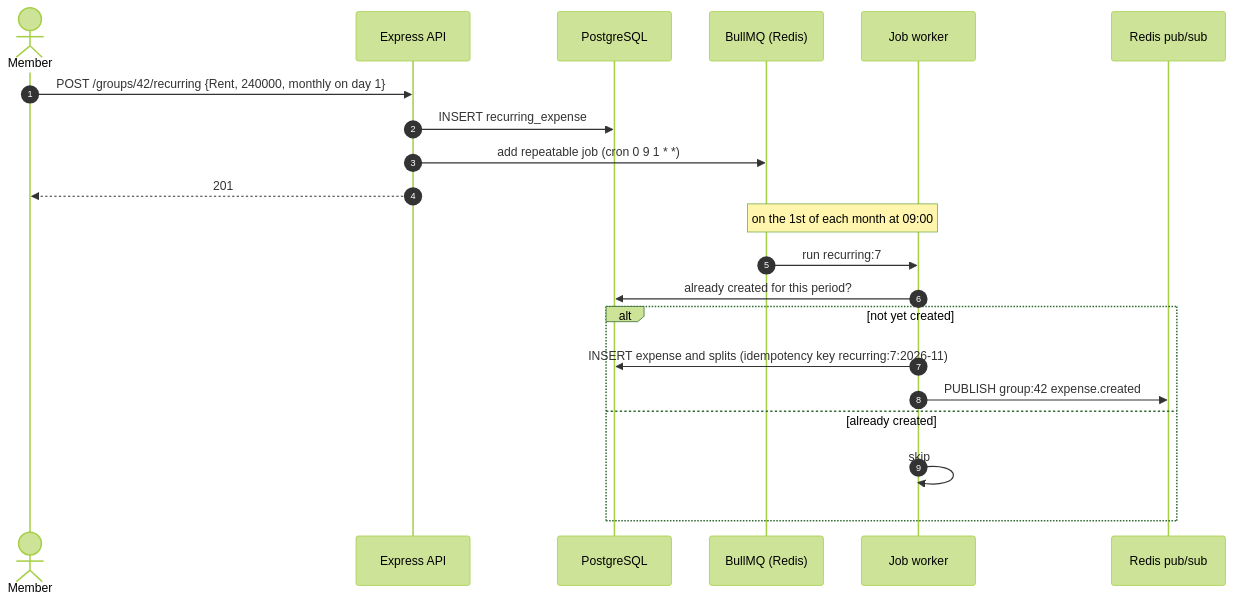
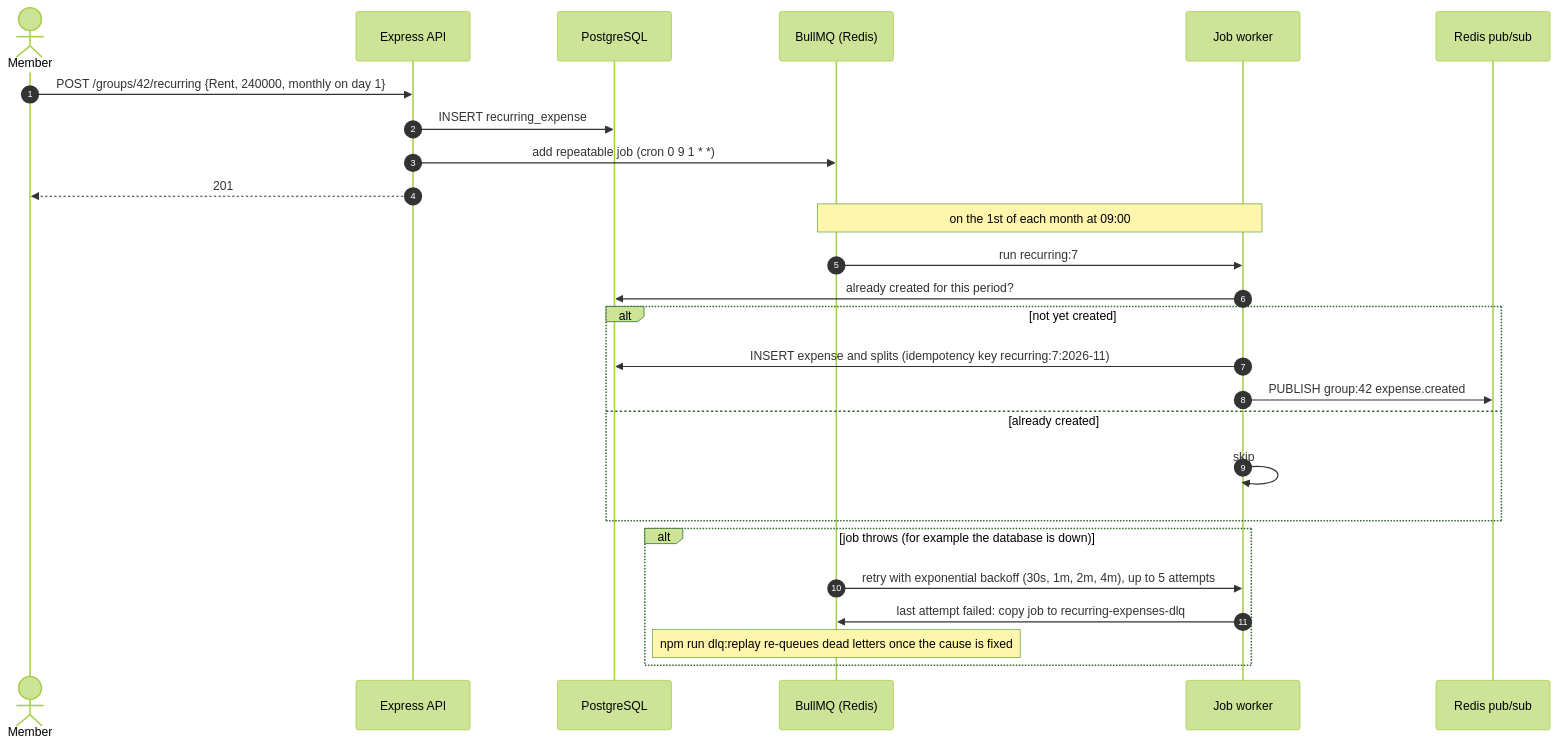
Before and after one commit to ABHI-742/splitpay: the diagram in docs/diagrams/sequence-recurring-expense.md, drawn with Mermaid (forest theme). The commit also changed other lines of this file and 7 other files, not shown here.

First line of the commit message:
Retry recurring jobs with backoff and add a dead-letter queue

````diff
--- a/docs/diagrams/sequence-recurring-expense.md
+++ b/docs/diagrams/sequence-recurring-expense.md
@@ -3,25 +3,31 @@
 ```mermaid
 sequenceDiagram
     autonumber
     actor M as Member
     participant API as Express API
     participant DB as PostgreSQL
     participant Q as BullMQ (Redis)
     participant J as Job worker
     participant R as Redis pub/sub
 
     M->>API: POST /groups/42/recurring {Rent, 240000, monthly on day 1}
     API->>DB: INSERT recurring_expense
     API->>Q: add repeatable job (cron 0 9 1 * *)
     API-->>M: 201
 
     Note over Q,J: on the 1st of each month at 09:00
     Q->>J: run recurring:7
     J->>DB: already created for this period?
     alt not yet created
         J->>DB: INSERT expense and splits (idempotency key recurring:7:2026-11)
         J->>R: PUBLISH group:42 expense.created
     else already created
         J->>J: skip
     end
+
+    alt job throws (for example the database is down)
+        Q->>J: retry with exponential backoff (30s, 1m, 2m, 4m), up to 5 attempts
+        J->>Q: last attempt failed: copy job to recurring-expenses-dlq
+        Note over Q: npm run dlq:replay re-queues dead letters once the cause is fixed
+    end
 ```
````
